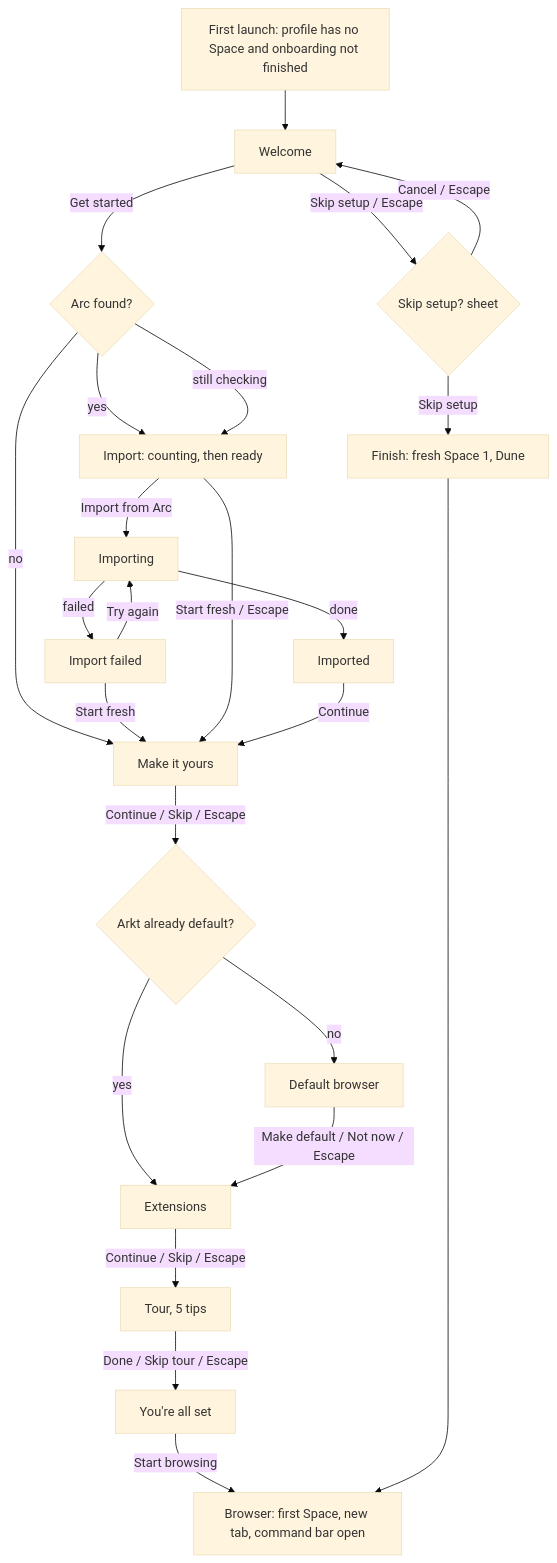
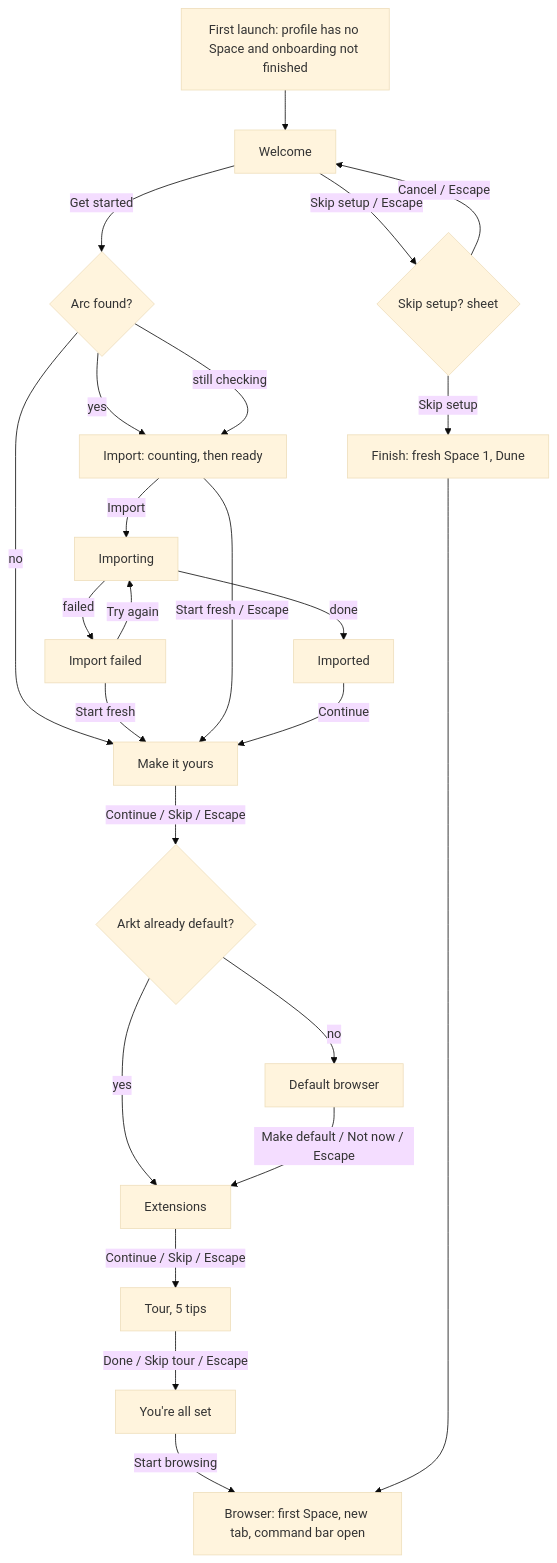
The diagram in docs/design/onboarding.md (krystianslowik/arkt), drawn with Mermaid (base theme) before and after one commit. The commit also changed other lines of this file and 55 other files, not shown here.

````diff
--- a/docs/design/onboarding.md
+++ b/docs/design/onboarding.md
@@ -72,26 +73,26 @@
 ```mermaid
 flowchart TD
   L[First launch: profile has no Space and onboarding not finished] --> W[Welcome]
   W -->|Get started| A{Arc found?}
   W -->|Skip setup / Escape| C{Skip setup? sheet}
   C -->|Skip setup| F[Finish: fresh Space 1, Dune]
   C -->|Cancel / Escape| W
   A -->|yes| I[Import: counting, then ready]
   A -->|no| T[Make it yours]
   A -->|still checking| I
-  I -->|Import from Arc| P[Importing]
+  I -->|Import| P[Importing]
   P -->|done| D1[Imported]
   P -->|failed| E[Import failed]
   E -->|Try again| P
   E -->|Start fresh| T
   I -->|Start fresh / Escape| T
   D1 -->|Continue| T
   T -->|Continue / Skip / Escape| B{Arkt already default?}
   B -->|no| DB[Default browser]
   B -->|yes| X[Extensions]
   DB -->|Make default / Not now / Escape| X
   X -->|Continue / Skip / Escape| TR[Tour, 5 tips]
   TR -->|Done / Skip tour / Escape| DN[You're all set]
   DN -->|Start browsing| BR[Browser: first Space, new tab, command bar open]
   F --> BR
 ```
````
